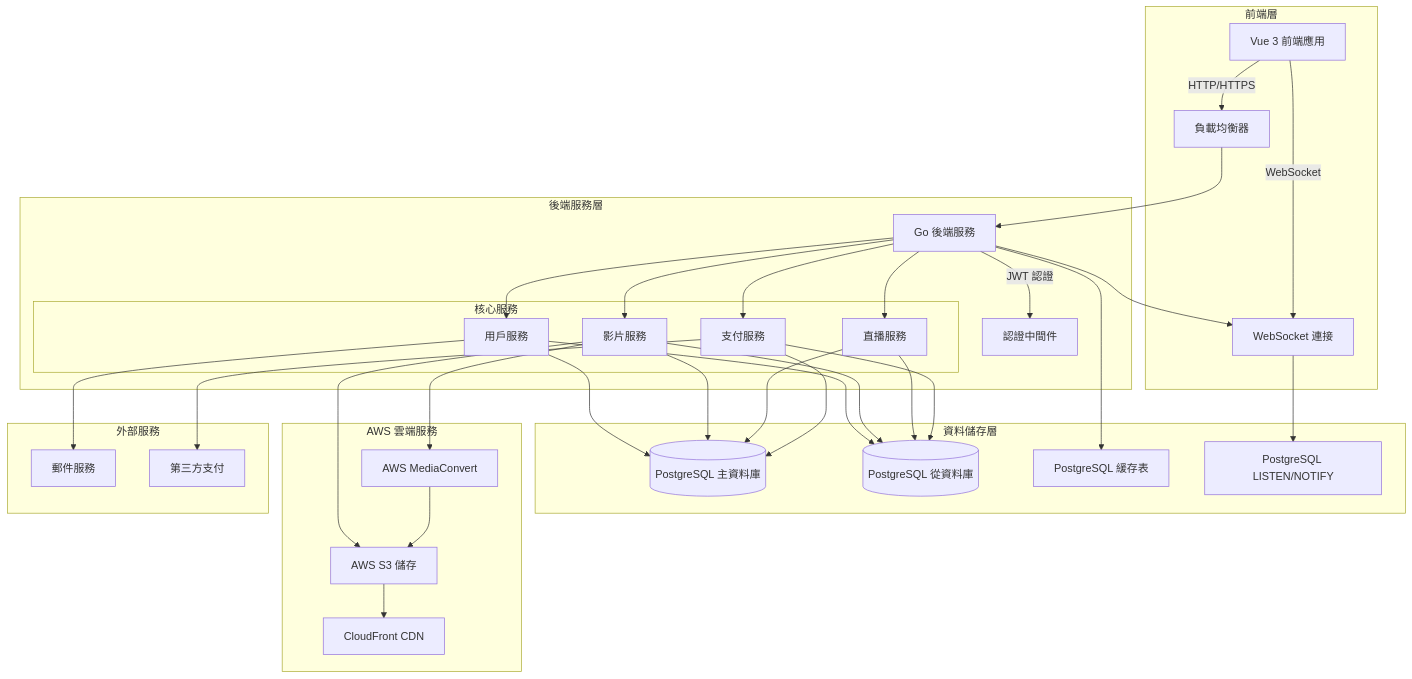
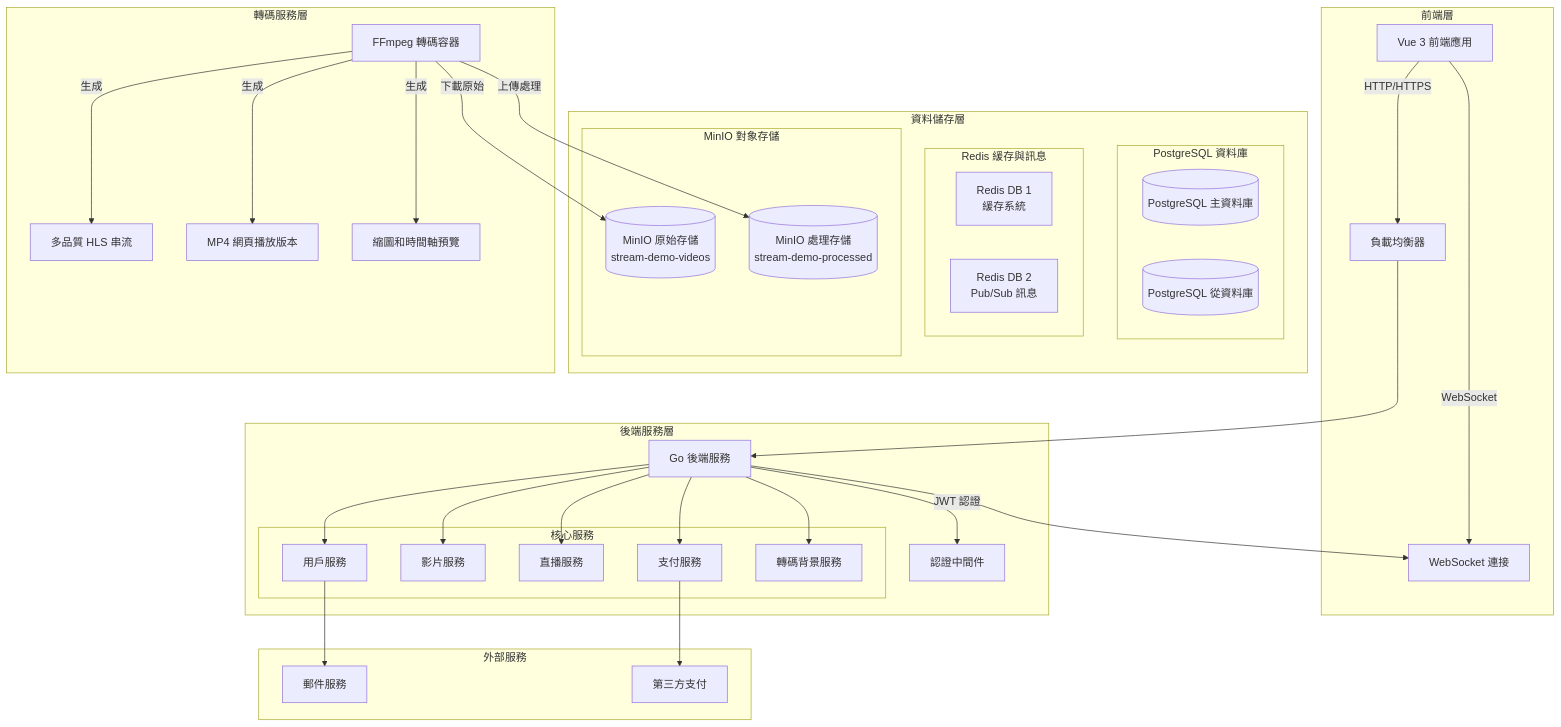
One commit to mike504110403/stream-demo changed the first of 16 diagrams in README.md. Above: the diagram before and after it, drawn with Mermaid. The commit also changed other lines of this file and 75 other files, not shown here.

````diff
--- a/README.md
+++ b/README.md
@@ -17,64 +20,62 @@
 ```mermaid
 graph TB
     subgraph "前端層"
         FE[Vue 3 前端應用]
         FE --> |HTTP/HTTPS| LB[負載均衡器]
         FE --> |WebSocket| WS[WebSocket 連接]
     end
     
     subgraph "後端服務層"
         LB --> BE[Go 後端服務]
         BE --> |JWT 認證| AUTH[認證中間件]
         BE --> WS
         
         subgraph "核心服務"
             US[用戶服務]
             VS[影片服務]
             LS[直播服務]
             PS[支付服務]
+            TW[轉碼背景服務]
         end
         
         BE --> US
         BE --> VS
         BE --> LS
         BE --> PS
+        BE --> TW
     end
     
     subgraph "資料儲存層"
-        PG[(PostgreSQL 主資料庫)]
-        PGS[(PostgreSQL 從資料庫)]
-        CACHE[PostgreSQL 緩存表]
-        MSG[PostgreSQL LISTEN/NOTIFY]
+        subgraph "PostgreSQL 資料庫"
+            PG[(PostgreSQL 主資料庫)]
+            PGS[(PostgreSQL 從資料庫)]
+        end
         
-        US --> PG
-        US --> PGS
-        VS --> PG
-        VS --> PGS
-        LS --> PG
-        LS --> PGS
-        PS --> PG
-        PS --> PGS
+        subgraph "Redis 緩存與訊息"
+            REDIS_CACHE[Redis DB 1<br/>緩存系統]
+            REDIS_MSG[Redis DB 2<br/>Pub/Sub 訊息]
+        end
         
-        BE --> CACHE
-        WS --> MSG
+        subgraph "MinIO 對象存儲"
+            MINIO_ORIG[(MinIO 原始存儲<br/>stream-demo-videos)]
+            MINIO_PROC[(MinIO 處理存儲<br/>stream-demo-processed)]
+        end
     end
     
-    subgraph "AWS 雲端服務"
-        S3[AWS S3 儲存]
-        MC[AWS MediaConvert]
-        CF[CloudFront CDN]
-        
-        VS --> S3
-        VS --> MC
-        S3 --> CF
-        MC --> S3
+    subgraph "轉碼服務層"
+        FFMPEG[FFmpeg 轉碼容器]
+        FFMPEG --> |下載原始| MINIO_ORIG
+        FFMPEG --> |上傳處理| MINIO_PROC
+        FFMPEG --> |生成| HLS[多品質 HLS 串流]
+        FFMPEG --> |生成| MP4[MP4 網頁播放版本]
+        FFMPEG --> |生成| THUMB[縮圖和時間軸預覽]
     end
     
     subgraph "外部服務"
         EMAIL[郵件服務]
         PAYMENT[第三方支付]
         
         US --> EMAIL
         PS --> PAYMENT
     end
 ```
````
